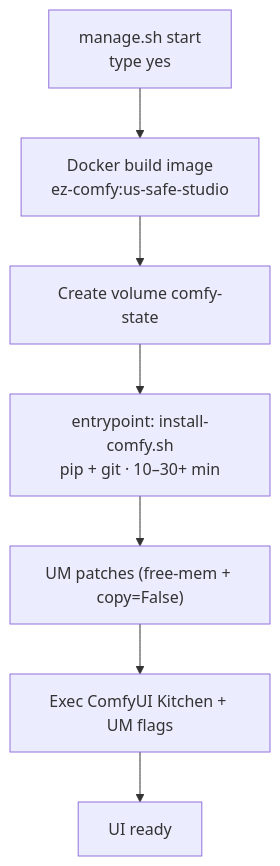
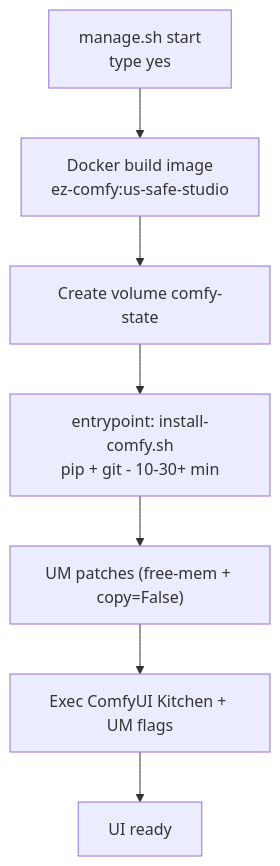
One commit to toxicoder/ez-comfy-stack changed the first of 2 diagrams in docs/getting-started.mdx. Above: the diagram before and after it, drawn with Mermaid. The commit also changed other lines of this file and 1894 other files, not shown here.

````diff
--- a/docs/getting-started.mdx
+++ b/docs/getting-started.mdx
@@ -381,9 +381,9 @@
     ```mermaid
     flowchart TB
       A["manage.sh start<br/>type yes"] --> B["Docker build image<br/>ez-comfy:us-safe-studio"]
       B --> C["Create volume comfy-state"]
-      C --> D["entrypoint: install-comfy.sh<br/>pip + git · 10–30+ min"]
+      C --> D["entrypoint: install-comfy.sh<br/>pip + git - 10-30+ min"]
       D --> E["UM patches (free-mem + copy=False)"]
       E --> F["Exec ComfyUI Kitchen + UM flags"]
       F --> G["UI ready"]
     ```
````
